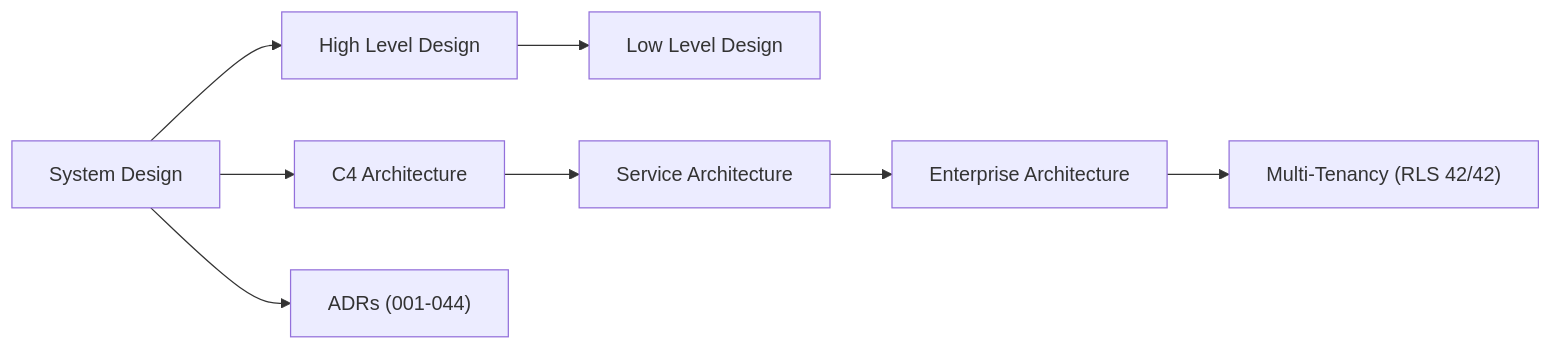
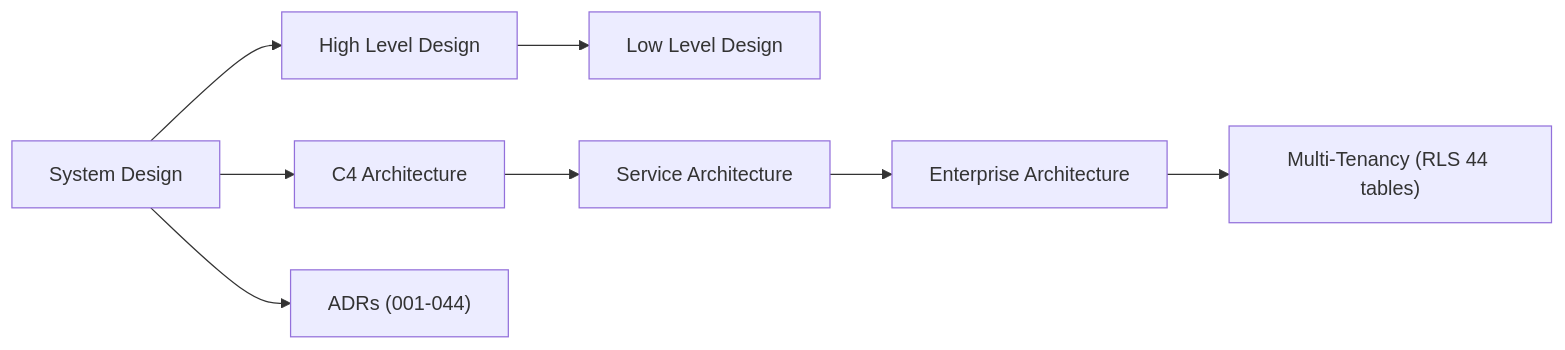
Before and after one commit to Driftloom/Vaeloom: the diagram in docs/ARCHITECTURE.md, drawn with Mermaid. The commit also changed other lines of this file and 56 other files, not shown here.

Commit message:
docs: update enterprise architecture, documentation map, kubernetes topology, and specifications

````diff
--- a/docs/ARCHITECTURE.md
+++ b/docs/ARCHITECTURE.md
@@ -44,10 +45,10 @@
 ```mermaid
 graph LR
   SYS["System Design"]--> C4["C4 Architecture"]
   SYS--> HLD["High Level Design"]
   HLD--> LLD["Low Level Design"]
   C4--> SVC["Service Architecture"]
   SVC--> ENT["Enterprise Architecture"]
-  ENT--> TEN["Multi-Tenancy (RLS 42/42)"]
+  ENT--> TEN["Multi-Tenancy (RLS 44 tables)"]
   SYS--> ADR["ADRs (001-044)"]
 ```
````
